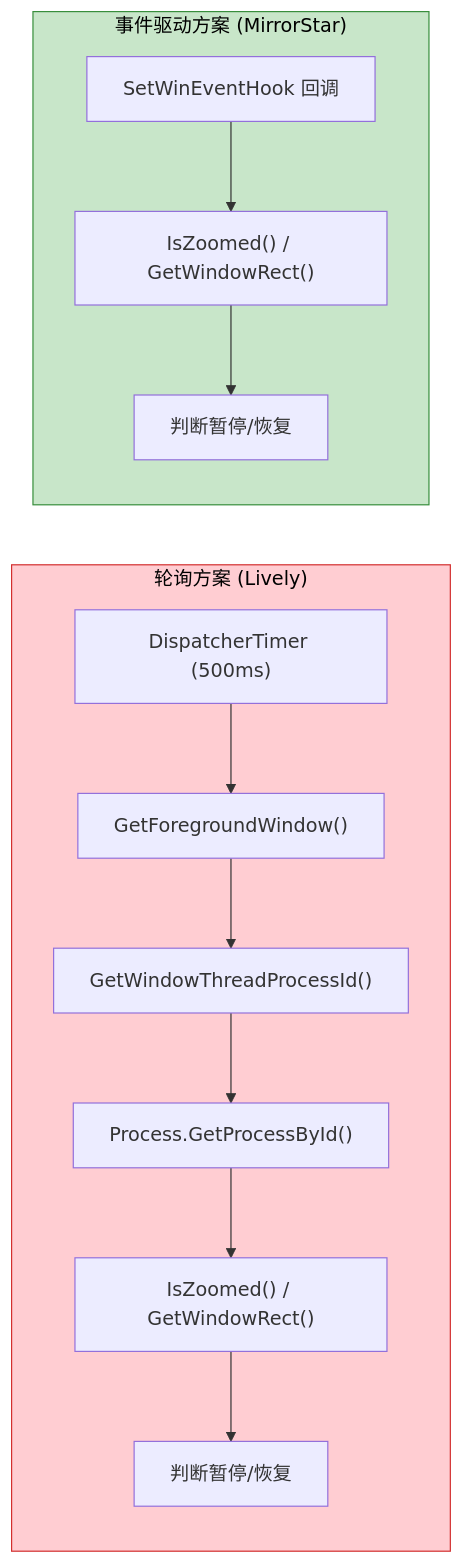
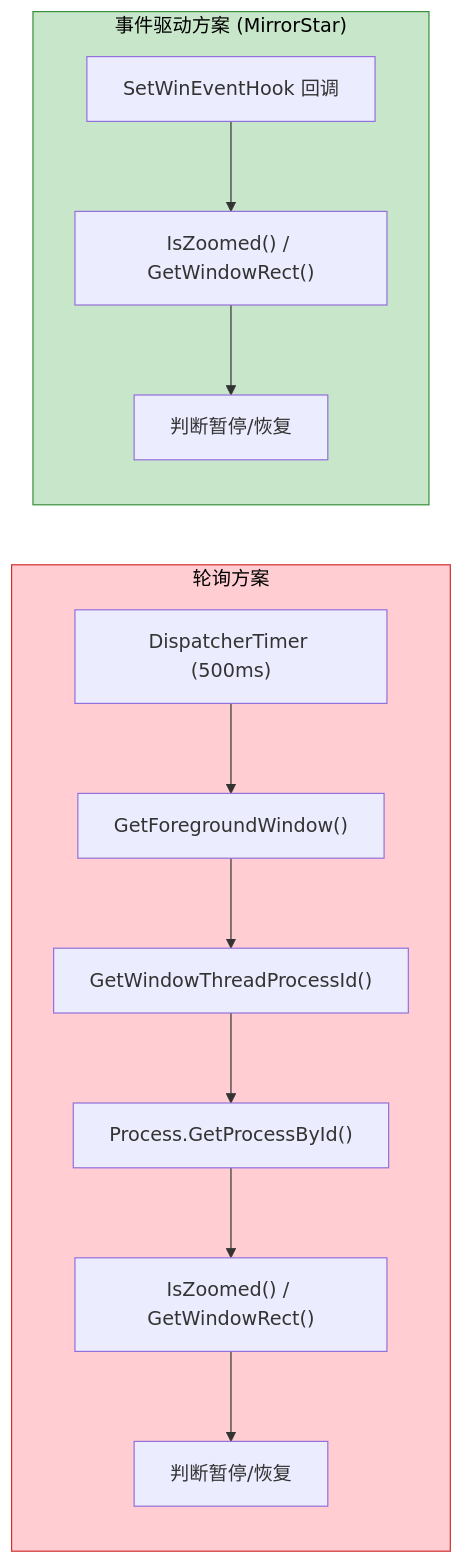
Before and after one commit to Wunseol/mirrorstar-wallpaper: the diagram in docs/02-架构设计/09-性能优化-Performance.md, drawn with Mermaid. The commit also changed other lines of this file and 77 other files, not shown here.

````diff
--- a/docs/02-架构设计/09-性能优化-Performance.md
+++ b/docs/02-架构设计/09-性能优化-Performance.md
@@ -44,24 +44,24 @@
 ```mermaid
 graph LR
-    subgraph Polling["轮询方案 (Lively)"]
+    subgraph Polling["轮询方案"]
         P1["DispatcherTimer (500ms)"]
         P2["GetForegroundWindow()"]
         P3["GetWindowThreadProcessId()"]
         P4["Process.GetProcessById()"]
         P5["IsZoomed() / GetWindowRect()"]
         P6["判断暂停/恢复"]
 
         P1 --> P2 --> P3 --> P4 --> P5 --> P6
     end
 
     subgraph EventDriven["事件驱动方案 (MirrorStar)"]
         E1["SetWinEventHook 回调"]
         E2["IsZoomed() / GetWindowRect()"]
         E3["判断暂停/恢复"]
 
         E1 --> E2 --> E3
     end
 
     style Polling fill:#FFCDD2,stroke:#D32F2F,color:#000
     style EventDriven fill:#C8E6C9,stroke:#388E3C,color:#000
 ```
````
